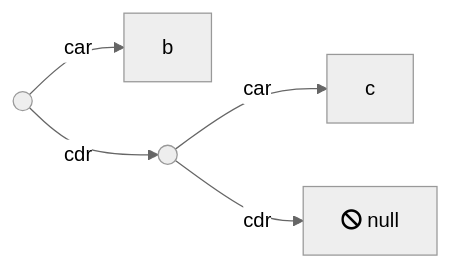
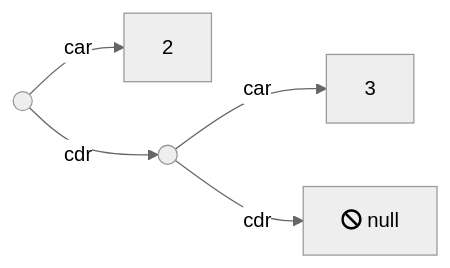
Before and after one commit to raganwald/raganwald.github.com: the third of 3 diagrams in _posts/2019-01-11-another-look-at-lisp.md, drawn with Mermaid (neutral theme). The commit also changed other lines of this file, not shown here.

```diff
--- a/_posts/2019-01-11-another-look-at-lisp.md
+++ b/_posts/2019-01-11-another-look-at-lisp.md
@@ -53,7 +141,7 @@
 <div class="mermaid">
   graph LR
-    two(( ))-- car -->b
+    two(( ))-- car -->b["2"]
     two-- cdr -->three(( ))
-    three-- car -->c
+    three-- car -->c["3"]
     three-- cdr -->null["fa:fa-ban null"]
 </div>
```
